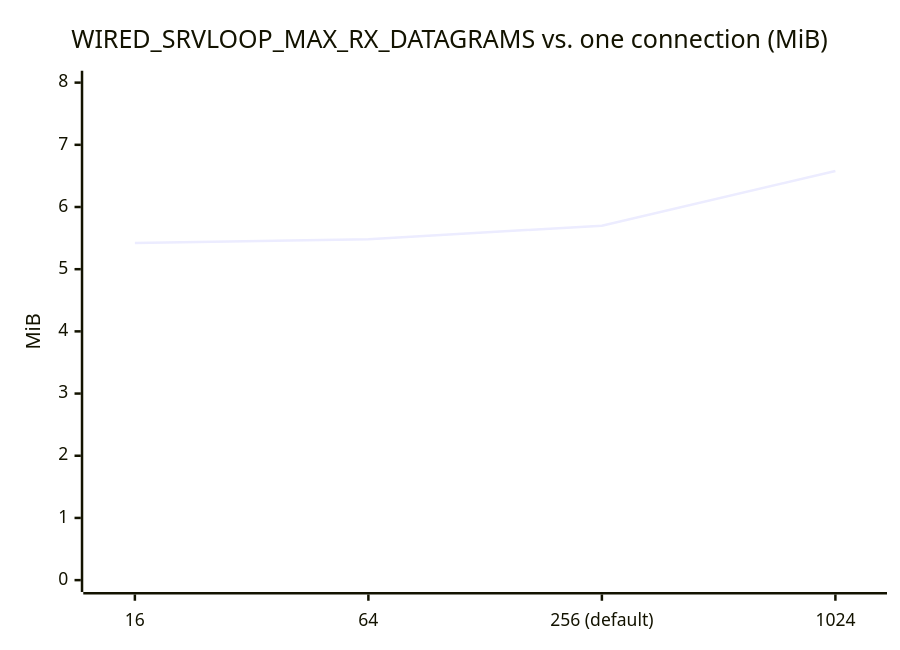
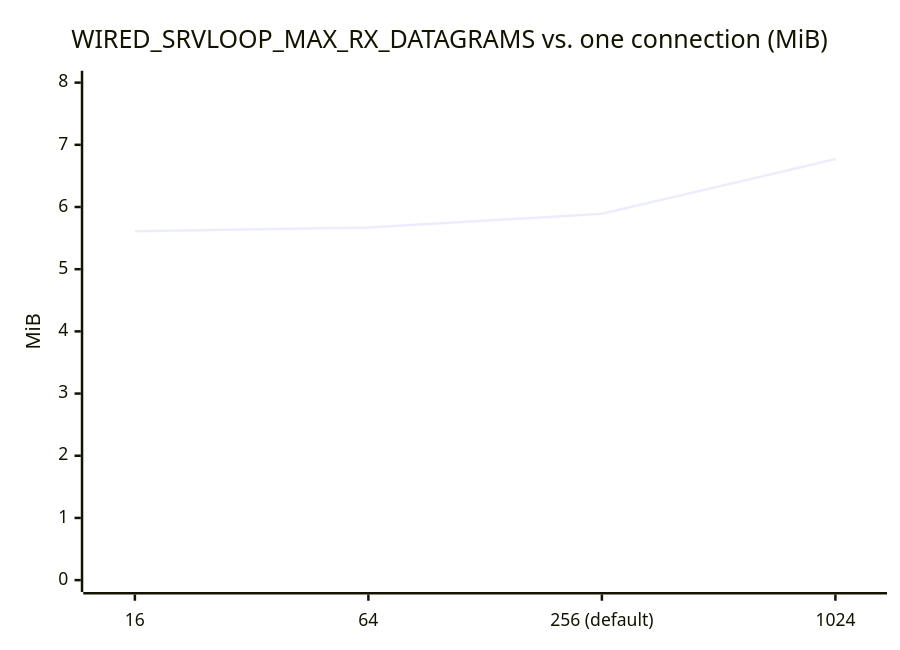
Before and after one commit to Hakkadaikon/wired: the eighth of 9 diagrams in docs/arch/memory.md, drawn with Mermaid. The commit also changed other lines of this file and 11 other files, not shown here.

````diff
--- a/docs/arch/memory.md
+++ b/docs/arch/memory.md
@@ -155,7 +155,7 @@
 ```mermaid
 xychart-beta
     title "WIRED_SRVLOOP_MAX_RX_DATAGRAMS vs. one connection (MiB)"
     x-axis ["16", "64", "256 (default)", "1024"]
     y-axis "MiB" 0 --> 8
-    line [5.42, 5.48, 5.70, 6.58]
+    line [5.61, 5.67, 5.89, 6.77]
 ```
````
